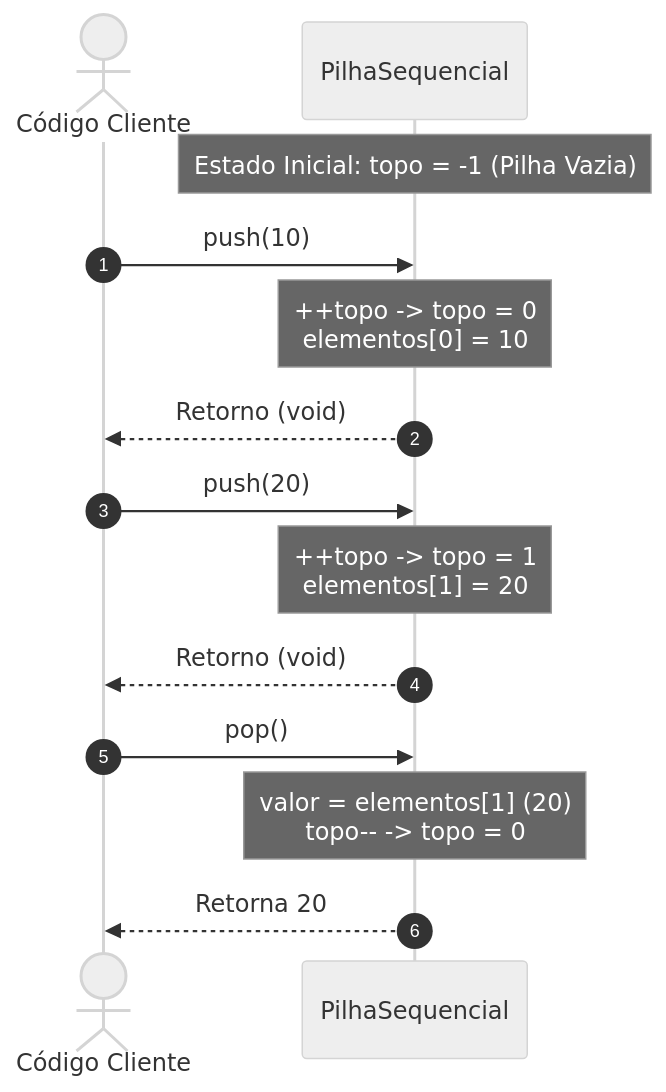
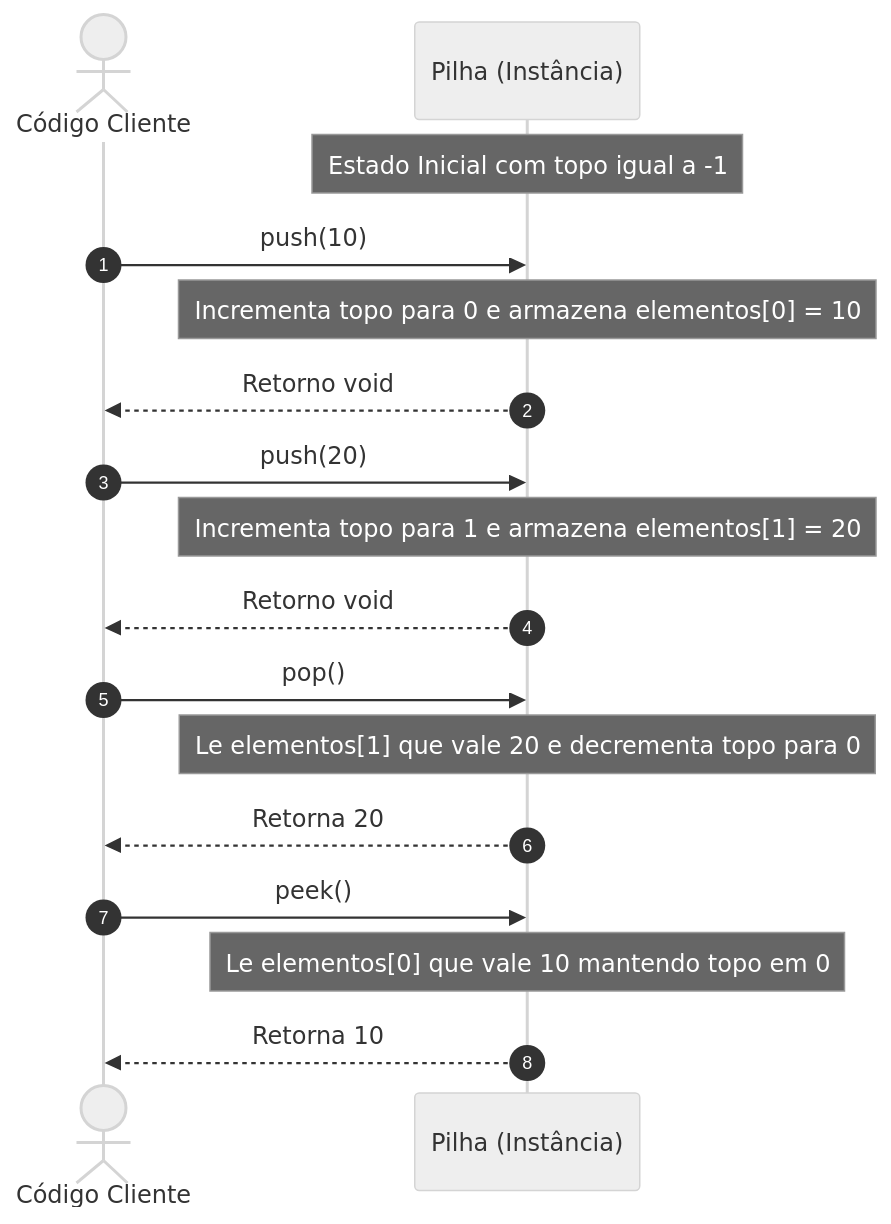
One commit to murilolol/unifef changed the fifth of 8 diagrams in 4º Semestre/[Prof. Wesley Soares] Estrutura de Dados I/Resumos-IA/Simulados-Comentados.md. Above: the diagram before and after it, drawn with Mermaid (neutral theme). The commit also changed other lines of this file and 25 other files, not shown here.

````diff
--- a/4º Semestre/[Prof. Wesley Soares] Estrutura de Dados I/Resumos-IA/Simulados-Comentados.md
+++ b/4º Semestre/[Prof. Wesley Soares] Estrutura de Dados I/Resumos-IA/Simulados-Comentados.md
@@ -955,19 +361,23 @@
 ```mermaid
 sequenceDiagram
     autonumber
-    actor Cliente as Código Cliente
-    participant P as PilhaSequencial
+    actor Cli as Código Cliente
+    participant P as Pilha (Instância)
     
-    Note over P: Estado Inicial: topo = -1 (Pilha Vazia)
-    Cliente->>P: push(10)
-    Note over P: ++topo -> topo = 0<br>elementos[0] = 10
-    P-->>Cliente: Retorno (void)
-
-    Cliente->>P: push(20)
-    Note over P: ++topo -> topo = 1<br>elementos[1] = 20
-    P-->>Cliente: Retorno (void)
-
-    Cliente->>P: pop()
-    Note over P: valor = elementos[1] (20)<br>topo-- -> topo = 0
-    P-->>Cliente: Retorna 20
+    Note over P: Estado Inicial com topo igual a -1
+    Cli->>P: push(10)
+    Note over P: Incrementa topo para 0 e armazena elementos[0] = 10
+    P-->>Cli: Retorno void
+    
+    Cli->>P: push(20)
+    Note over P: Incrementa topo para 1 e armazena elementos[1] = 20
+    P-->>Cli: Retorno void
+    
+    Cli->>P: pop()
+    Note over P: Le elementos[1] que vale 20 e decrementa topo para 0
+    P-->>Cli: Retorna 20
+    
+    Cli->>P: peek()
+    Note over P: Le elementos[0] que vale 10 mantendo topo em 0
+    P-->>Cli: Retorna 10
 ```
````
